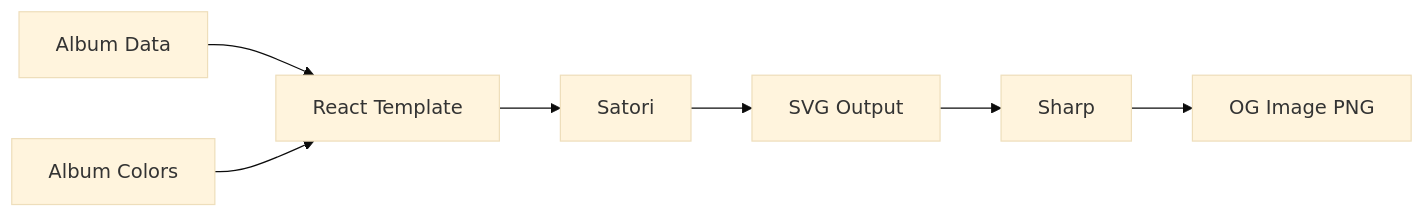
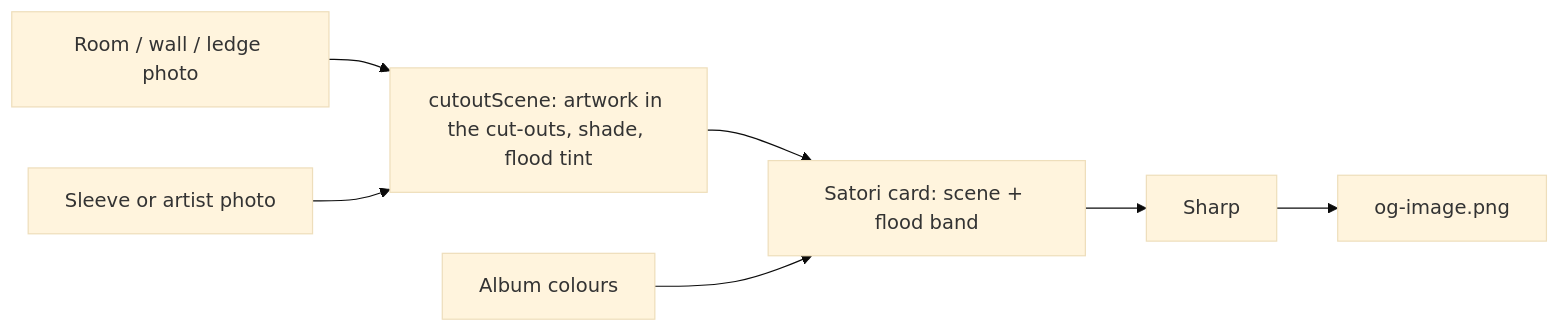
One commit to russmckendrick/russ-fm changed the third of 3 diagrams in docs/build-pipeline/asset-processing.md. Above: the diagram before and after it, drawn with Mermaid (base theme). The commit also changed other lines of this file and 6 other files, not shown here.

First line of the commit message:
✨ feat: redesign Open Graph cards around site artwork and shared scenes

````diff
--- a/docs/build-pipeline/asset-processing.md
+++ b/docs/build-pipeline/asset-processing.md
@@ -441,9 +441,9 @@
 ```mermaid
 flowchart LR
-    Data[Album Data] --> Template[React Template]
-    Colors[Album Colors] --> Template
-    Template --> Satori[Satori]
-    Satori --> SVG[SVG Output]
-    SVG --> Sharp[Sharp]
-    Sharp --> PNG[OG Image PNG]
+    Photo[Room / wall / ledge photo] --> Scene[cutoutScene: artwork in the cut-outs, shade, flood tint]
+    Art[Sleeve or artist photo] --> Scene
+    Scene --> Card[Satori card: scene + flood band]
+    Colors[Album colours] --> Card
+    Card --> Sharp[Sharp]
+    Sharp --> PNG[og-image.png]
 ```
````
